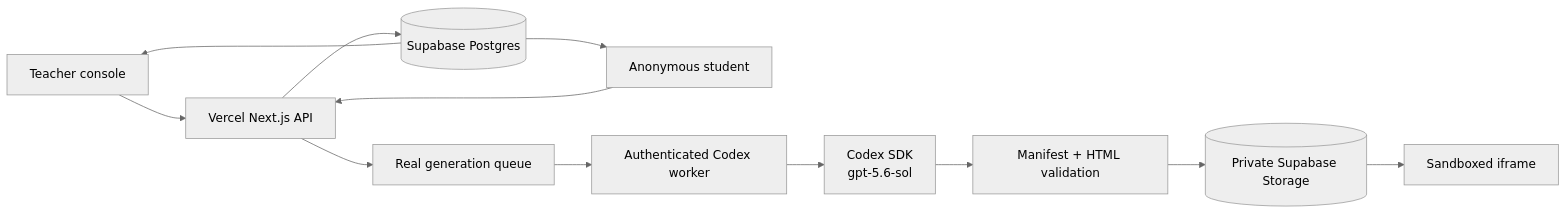
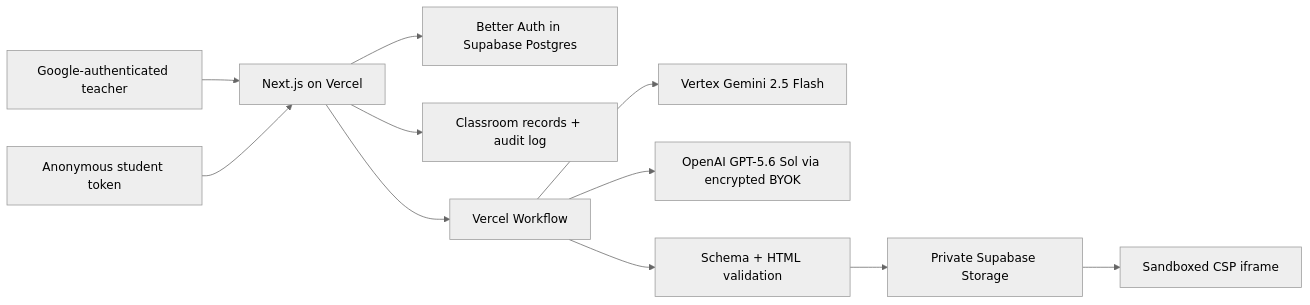
One commit to AdarshSingh-ASR/CounterWorlds changed the diagram in README.md. Above: the diagram before and after it, drawn with Mermaid (neutral theme). The commit also changed other lines of this file and 65 other files, not shown here.

````diff
--- a/README.md
+++ b/README.md
@@ -31,14 +19,13 @@
 ```mermaid
 flowchart LR
-  T[Teacher console] --> API[Vercel Next.js API]
-  S[Anonymous student] --> API
-  API --> PG[(Supabase Postgres)]
-  API --> J[Real generation queue]
-  J --> W[Authenticated Codex worker]
-  W --> C[Codex SDK\ngpt-5.6-sol]
-  C --> V[Manifest + HTML validation]
-  V --> ST[(Private Supabase Storage)]
-  ST --> I[Sandboxed iframe]
-  PG --> T
-  PG --> S
+  T[Google-authenticated teacher] --> N[Next.js on Vercel]
+  S[Anonymous student token] --> N
+  N --> B[Better Auth in Supabase Postgres]
+  N --> P[Classroom records + audit log]
+  N --> W[Vercel Workflow]
+  W --> G[Vertex Gemini 2.5 Flash]
+  W --> O[OpenAI GPT-5.6 Sol via encrypted BYOK]
+  W --> V[Schema + HTML validation]
+  V --> ST[Private Supabase Storage]
+  ST --> I[Sandboxed CSP iframe]
 ```
````
